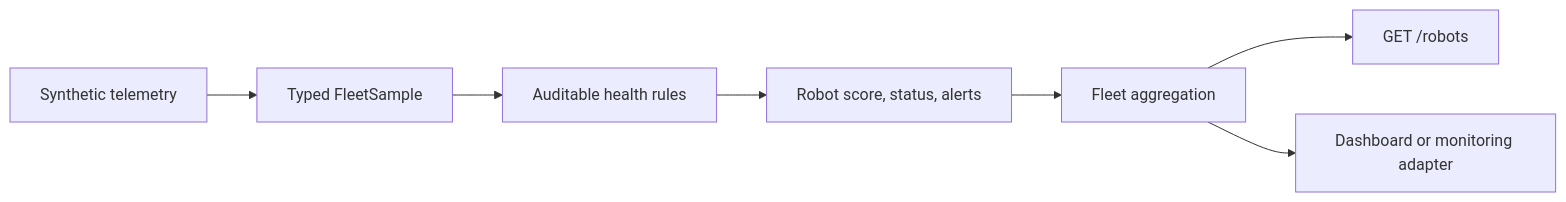
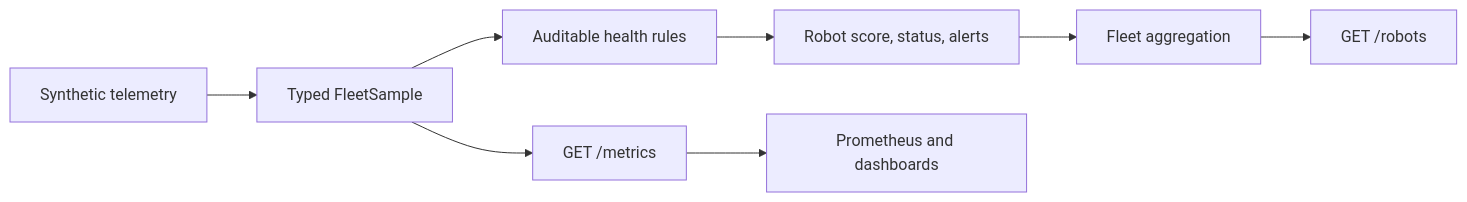
One commit to Parth-Oza/robot-fleet-observability changed the diagram in README.md. Above: the diagram before and after it, drawn with Mermaid. The commit also changed other lines of this file and 9 other files, not shown here.

First line of the commit message:
Add Prometheus fleet metrics exporter (#2)

````diff
--- a/README.md
+++ b/README.md
@@ -20,9 +21,10 @@
 ```mermaid
 flowchart LR
   A[Synthetic telemetry] --> B[Typed FleetSample]
   B --> C[Auditable health rules]
   C --> D[Robot score, status, alerts]
   D --> E[Fleet aggregation]
   E --> F[GET /robots]
-  E --> G[Dashboard or monitoring adapter]
+  B --> G[GET /metrics]
+  G --> H[Prometheus and dashboards]
 ```
````
